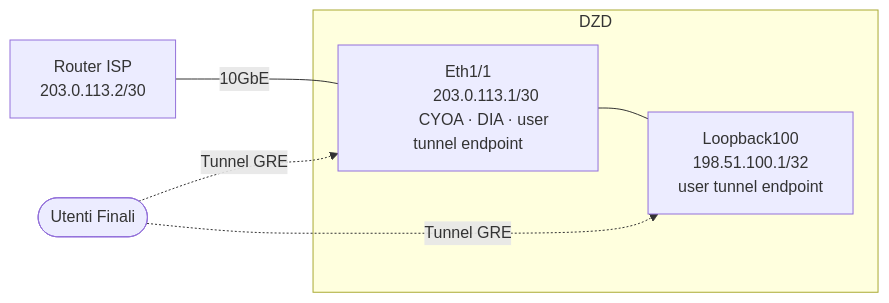
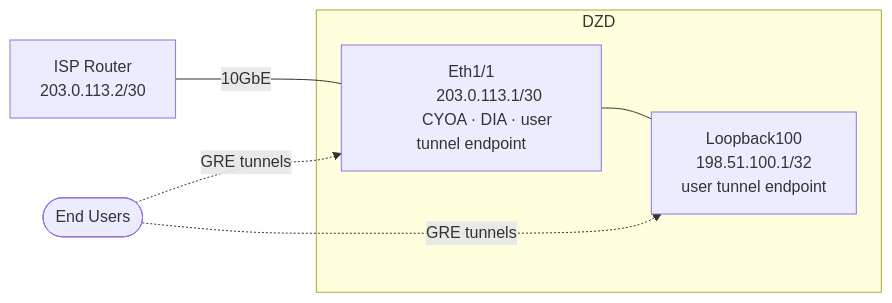
Before and after one commit to malbeclabs/docs: the eighth of 13 diagrams in docs/contribute-provisioning.it.md, drawn with Mermaid. The commit also changed other lines of this file and 160 other files, not shown here.

````diff
--- a/docs/contribute-provisioning.it.md
+++ b/docs/contribute-provisioning.it.md
@@ -392,20 +460,20 @@
 ```mermaid
 flowchart LR
-    USERS(["Utenti Finali"])
+    USERS(["End Users"])
 
     subgraph DZD["DZD"]
         E1["Eth1/1
         203.0.113.1/30
         CYOA · DIA · user tunnel endpoint"]
         LO["Loopback100
         198.51.100.1/32\n        user tunnel endpoint"]
         E1 --- LO
     end
 
-    ISP["Router ISP
+    ISP["ISP Router
     203.0.113.2/30"]
 
     ISP -- "10GbE" --- E1
-    USERS -. "Tunnel GRE" .-> E1
-    USERS -. "Tunnel GRE" .-> LO
+    USERS -. "GRE tunnels" .-> E1
+    USERS -. "GRE tunnels" .-> LO
 ```
````
